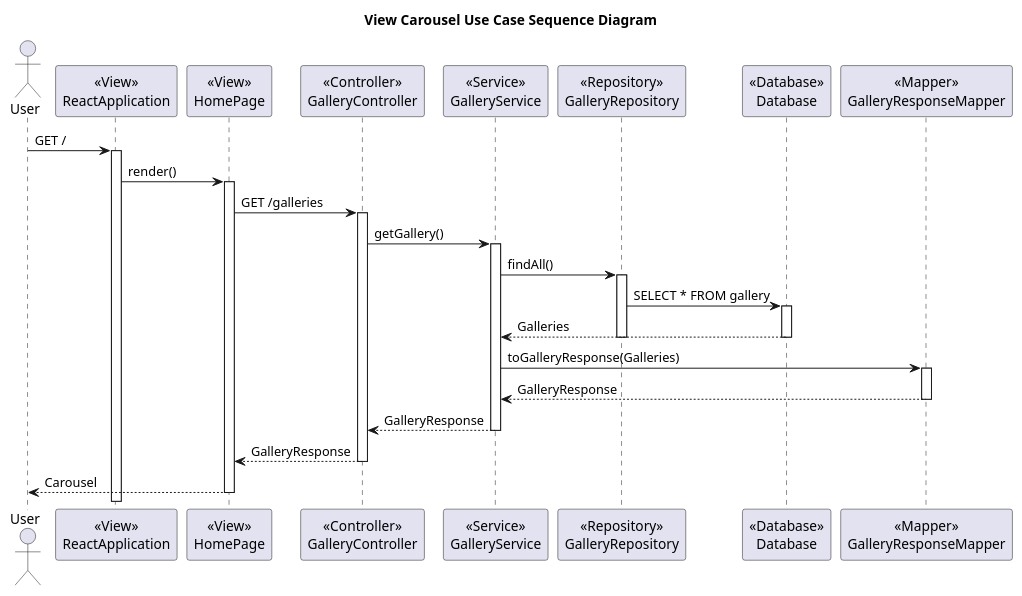
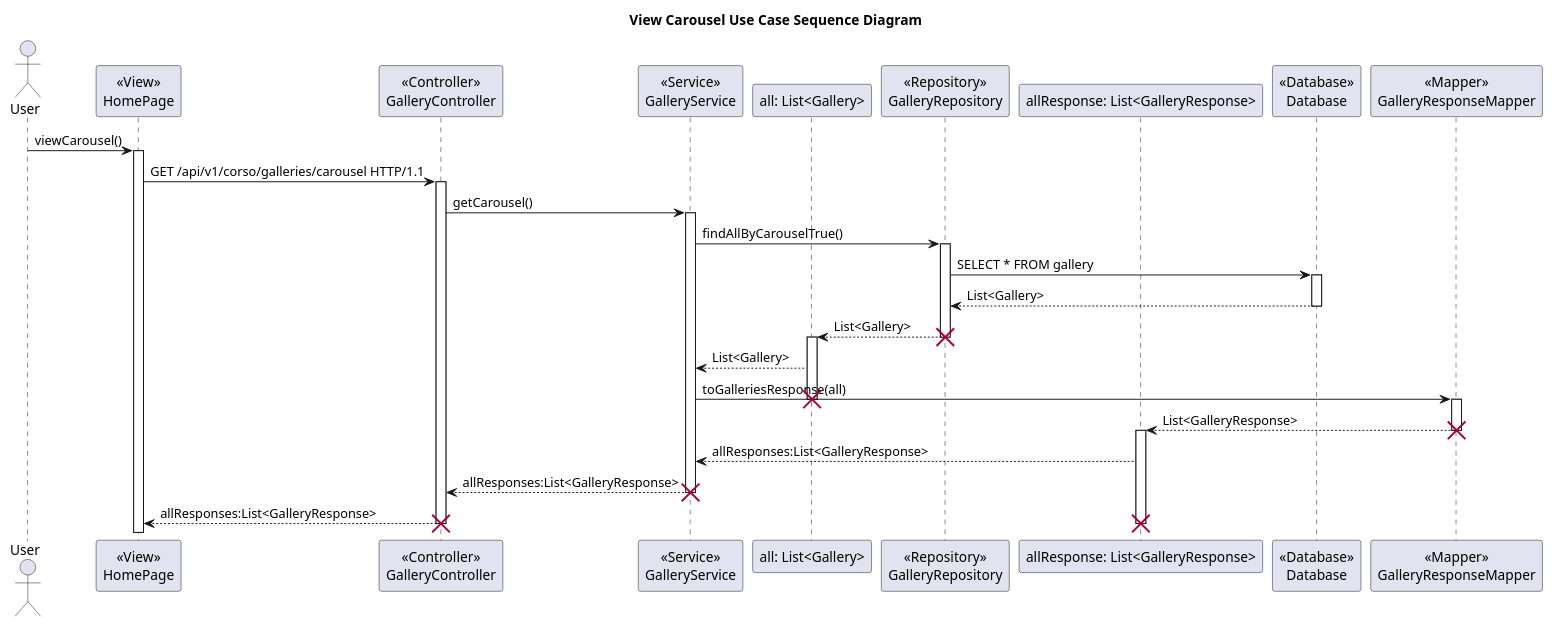
Before and after one commit to DylanBrass/Corso-Website: the diagram in Sprint_1/View_Carousel/Design-lvl-SSD.puml, drawn with PlantUML. The commit also changed 21 other files, not shown here.

First line of the commit message:
doc(CORSO): fixing diagrams (#7)

```diff
--- a/Sprint_1/View_Carousel/Design-lvl-SSD.puml
+++ b/Sprint_1/View_Carousel/Design-lvl-SSD.puml
@@ -1,74 +1,81 @@
 @startuml
 
 title View Carousel Use Case Sequence Diagram
 
 actor User 
 
-participant ReactApplication as "<<View>>\nReactApplication"
 participant HomePage as "<<View>>\nHomePage"
 
 participant GalleryController as "<<Controller>>\nGalleryController"
 
 participant GalleryService as "<<Service>>\nGalleryService"
 
+participant all as "all: List<Gallery>"
+
 participant GalleryRepository as "<<Repository>>\nGalleryRepository"
+
+participant allResponse as "allResponse: List<GalleryResponse>"
 
 participant Database as "<<Database>>\nDatabase"
 
 participant GalleryResponseMapper as "<<Mapper>>\nGalleryResponseMapper"
 
-User -> ReactApplication : GET /
-activate ReactApplication
+User -> HomePage: viewCarousel()
+activate HomePage
+HomePage -> GalleryController: GET /api/v1/corso/galleries/carousel HTTP/1.1
+activate GalleryController
+GalleryController -> GalleryService: getCarousel()
+activate GalleryService
+GalleryService -> GalleryRepository: findAllByCarouselTrue()
+activate GalleryRepository
 
-ReactApplication -> HomePage : render()
-activate HomePage
+GalleryRepository -> Database: SELECT * FROM gallery
+
+activate Database
+
+Database --> GalleryRepository: List<Gallery>
+
+deactivate Database
+
+GalleryRepository --> all: List<Gallery>
+destroy GalleryRepository
+
+activate all
+all --> GalleryService: List<Gallery>
 
 
+GalleryService -> GalleryResponseMapper: toGalleriesResponse(all)
 
-HomePage -> GalleryController : GET /galleries
-activate GalleryController 
+destroy all
+
+activate GalleryResponseMapper
+
+GalleryResponseMapper --> allResponse: List<GalleryResponse>
+destroy GalleryResponseMapper
+activate allResponse
+
+allResponse --> GalleryService: allResponses:List<GalleryResponse>
+
+
+GalleryService --> GalleryController: allResponses:List<GalleryResponse>
+
+destroy GalleryService
+
+GalleryController --> HomePage: allResponses:List<GalleryResponse>
+destroy allResponse
+
+
+destroy GalleryController
 
 
 
 
 
-GalleryController -> GalleryService : getGallery()
-activate GalleryService 
-
-
-GalleryService -> GalleryRepository : findAll()
-activate GalleryRepository
-
-
-GalleryRepository -> Database : SELECT * FROM gallery
-activate Database
-
-Database --> GalleryService : Galleries
-
-deactivate GalleryRepository
-
-deactivate Database
 
 
 
-GalleryService -> GalleryResponseMapper : toGalleryResponse(Galleries)
-activate GalleryResponseMapper
 
-GalleryResponseMapper --> GalleryService : GalleryResponse
 
-deactivate GalleryResponseMapper
-
-GalleryService --> GalleryController : GalleryResponse
-
-deactivate GalleryService
-
-GalleryController --> HomePage : GalleryResponse
-
-deactivate GalleryController
-
-HomePage --> User : Carousel
-
-deactivate HomePage
 
 
 @endpuml
```
